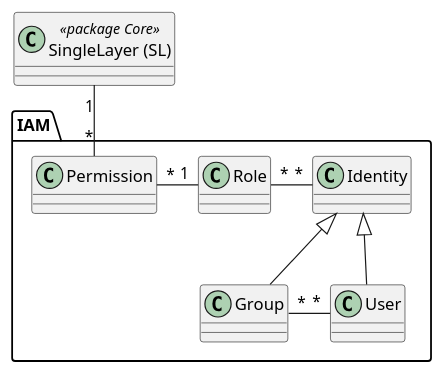
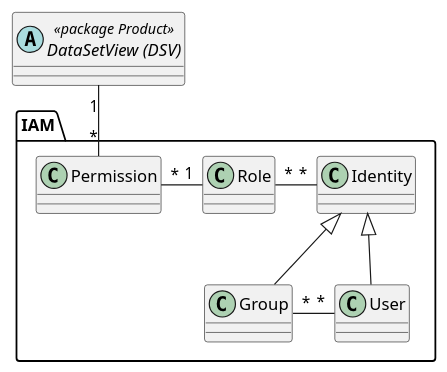
One commit to sogis/simi changed the diagram in simi/doc/puml/src/simi_iam.puml. Above: the diagram before and after it, drawn with PlantUML. The commit also changed 8 other files, not shown here.

Commit message:
sl2dsv: puml diagrams

```diff
--- a/simi/doc/puml/src/simi_iam.puml
+++ b/simi/doc/puml/src/simi_iam.puml
@@ -1,19 +1,20 @@
 @startuml
+abstract class "DataSetView (DSV)" as dsv << package Product >>
+
 package IAM {
 class "Identity" as ident
 class "Group" as grp
 class "User" as usr
 class "Role" as role
 class "Permission" as perm
 
 ident <|-- grp
 ident <|-- usr
 
 perm "*" -right- "1" role
 role "*" -right- "*" ident
 grp "*" -right- "*" usr
 }
 
-class "SingleLayer (SL)" as sl << package Core >>
-sl "1" -- "*" perm
+dsv "1" -- "*" perm
 @enduml
```
